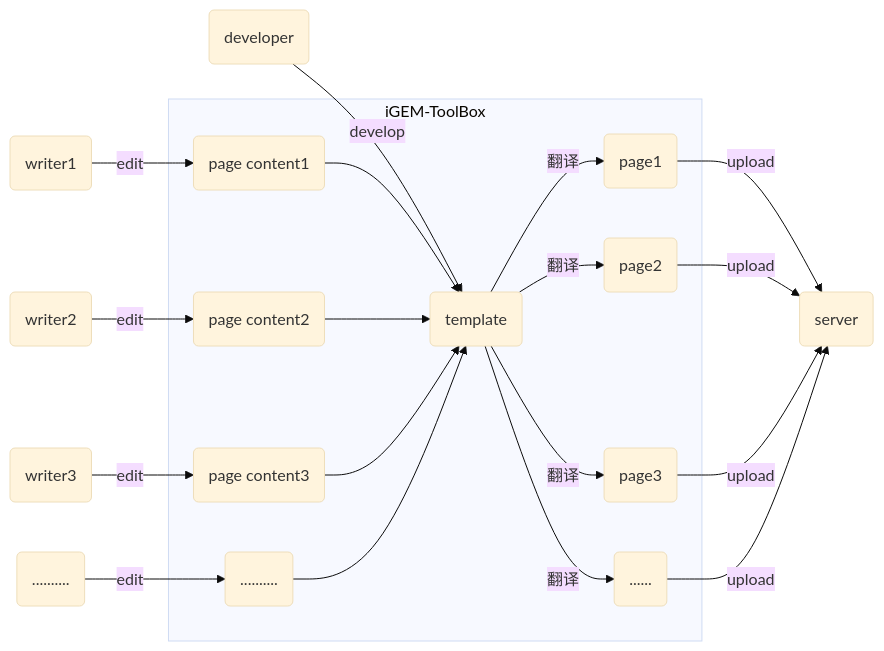
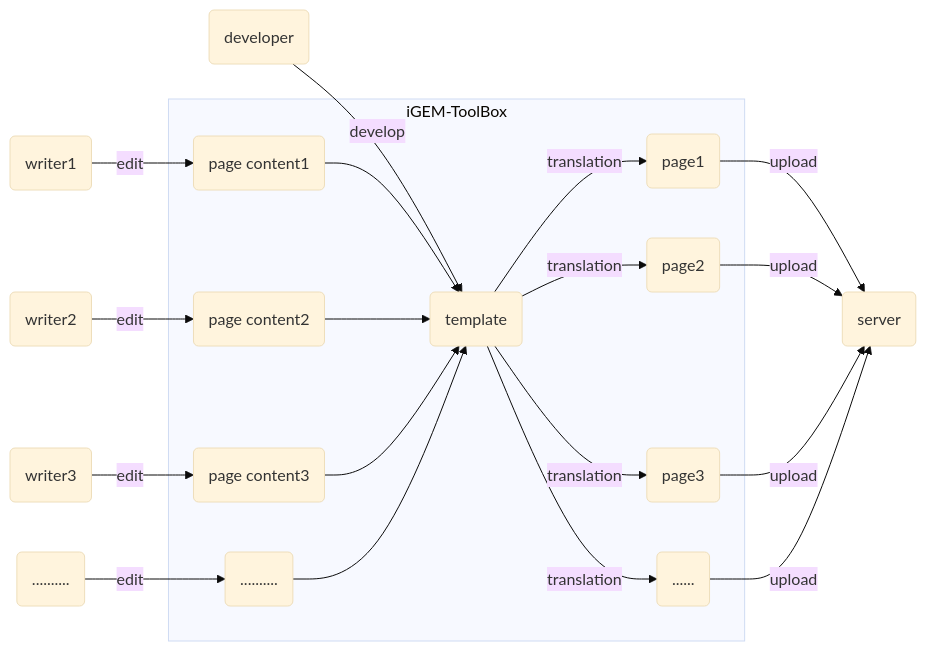
One commit to 497363983/iGEM-ToolBox changed the second of 2 diagrams in README.md. Above: the diagram before and after it, drawn with Mermaid (base theme). The commit also changed 28 other files, not shown here.

````diff
--- a/README.md
+++ b/README.md
@@ -37,22 +37,22 @@
 ```mermaid
 graph LR
     writer1(writer1) --edit--> content1(page content1)
     writer2(writer2) --edit--> content2(page content2)
     writer3(writer3) --edit--> content3(page content3)
     omitwriter(..........) --edit--> omitcontent(..........)
     developer(developer) --develop--> template(template)
     subgraph iGEM-ToolBox
       content1 --> template
       content2 --> template
       content3 --> template
       omitcontent --> template
-      template --翻译--> page1(page1)
-      template --翻译--> page2(page2)
-      template --翻译--> page3(page3)
-      template --翻译--> omitpage(......)
+      template --translation--> page1(page1)
+      template --translation--> page2(page2)
+      template --translation--> page3(page3)
+      template --translation--> omitpage(......)
       end
     page1 --upload-->server(server)
     page2 --upload-->server
     page3 --upload-->server
     omitpage --upload-->server
 ```
````
